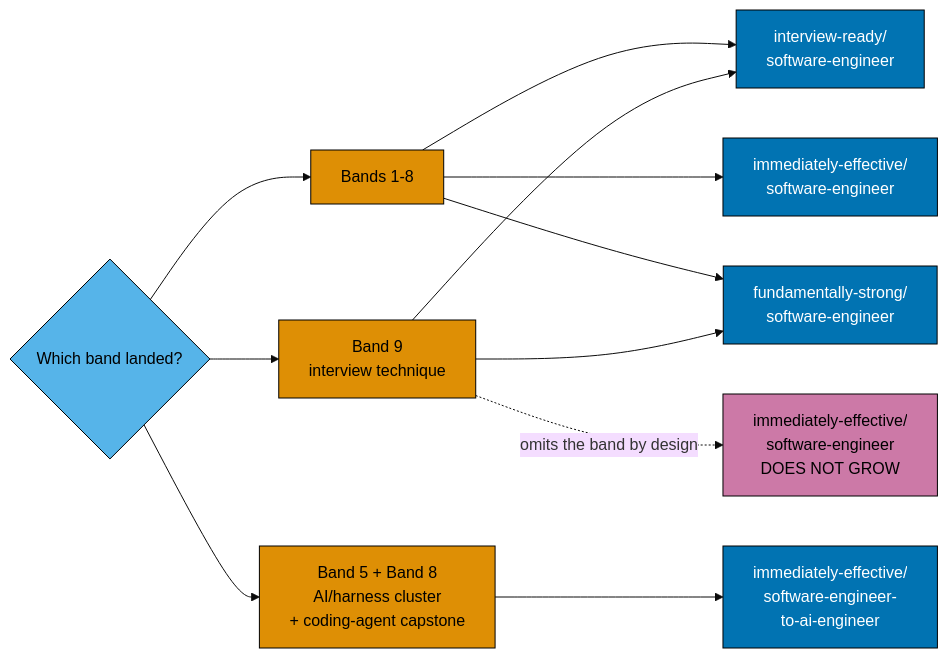
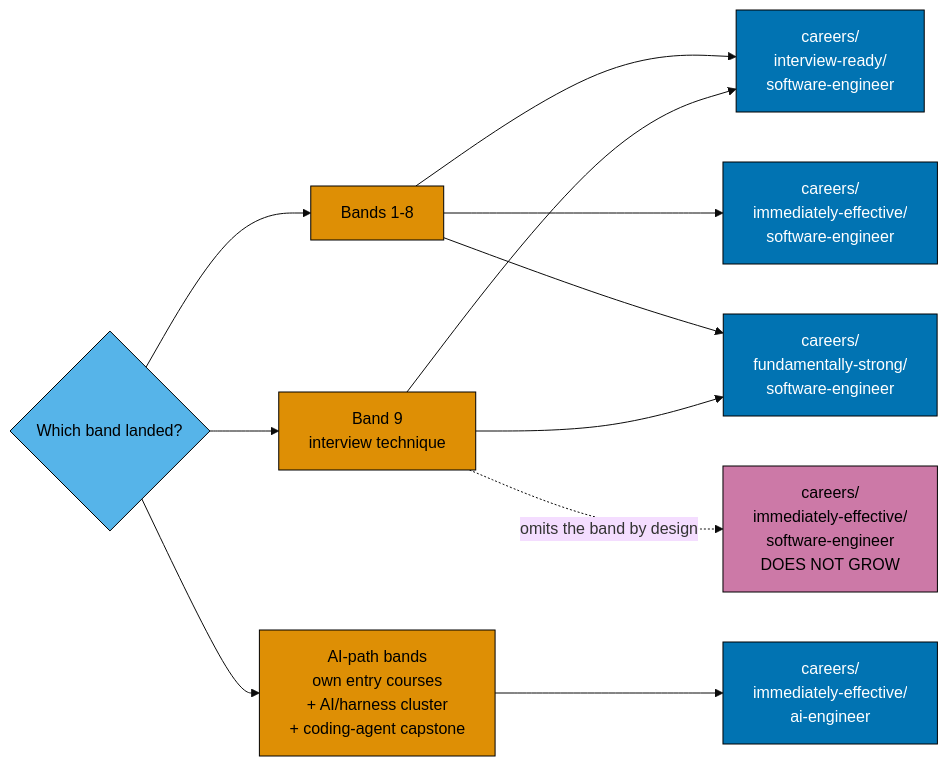
Before and after one commit to wahidyankf/baseerah: the fifth of 5 diagrams in plans/backlog/ayokoding-learning-path-05-manifests/tech-docs.md, drawn with Mermaid (base theme). The commit also changed other lines of this file and 77 other files, not shown here.

````diff
--- a/plans/backlog/ayokoding-learning-path-05-manifests/tech-docs.md
+++ b/plans/backlog/ayokoding-learning-path-05-manifests/tech-docs.md
@@ -286,30 +323,30 @@
 ```mermaid
 %% Decision branch: given a landed band, which manifests grow.
 flowchart LR
     BAND{"Which band landed?"}:::decision
     B18["Bands 1-8"]:::band
     B9["Band 9<br/>interview technique"]:::band
-    B58["Band 5 + Band 8<br/>AI/harness cluster<br/>+ coding-agent capstone"]:::band
+    B58["AI-path bands<br/>own entry courses<br/>+ AI/harness cluster<br/>+ coding-agent capstone"]:::band
 
-    IR["interview-ready/<br/>software-engineer"]:::grow
-    IE["immediately-effective/<br/>software-engineer"]:::grow
-    FS["fundamentally-strong/<br/>software-engineer"]:::grow
-    AI["immediately-effective/<br/>software-engineer-<br/>to-ai-engineer"]:::grow
-    NOGROW["immediately-effective/<br/>software-engineer<br/>DOES NOT GROW"]:::nogrow
+    IR["careers/<br/>interview-ready/<br/>software-engineer"]:::grow
+    IE["careers/<br/>immediately-effective/<br/>software-engineer"]:::grow
+    FS["careers/<br/>fundamentally-strong/<br/>software-engineer"]:::grow
+    AI["careers/<br/>immediately-effective/<br/>ai-engineer"]:::grow
+    NOGROW["careers/<br/>immediately-effective/<br/>software-engineer<br/>DOES NOT GROW"]:::nogrow
 
     BAND --> B18
     BAND --> B9
     BAND --> B58
     B18 --> IR
     B18 --> IE
     B18 --> FS
     B9 --> IR
     B9 --> FS
     B9 -.->|"omits the band by design"| NOGROW
     B58 --> AI
 
     classDef decision fill:#56B4E9,stroke:#000000,color:#000000
     classDef band fill:#DE8F05,stroke:#000000,color:#000000
     classDef grow fill:#0173B2,stroke:#000000,color:#FFFFFF
     classDef nogrow fill:#CC79A7,stroke:#000000,color:#000000
 ```
````
